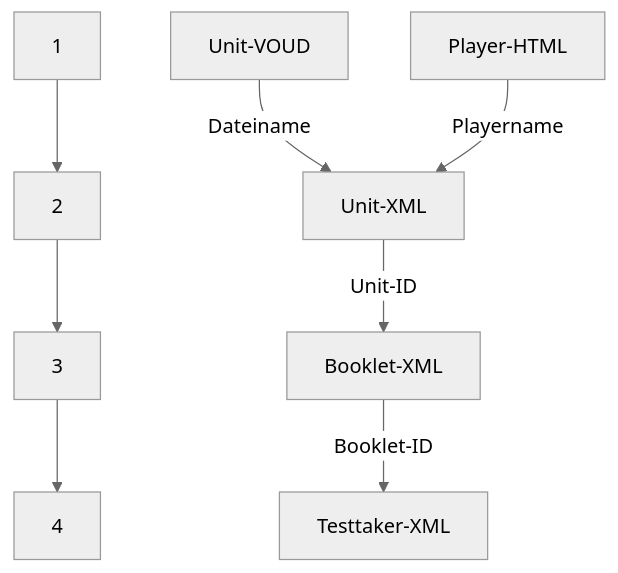
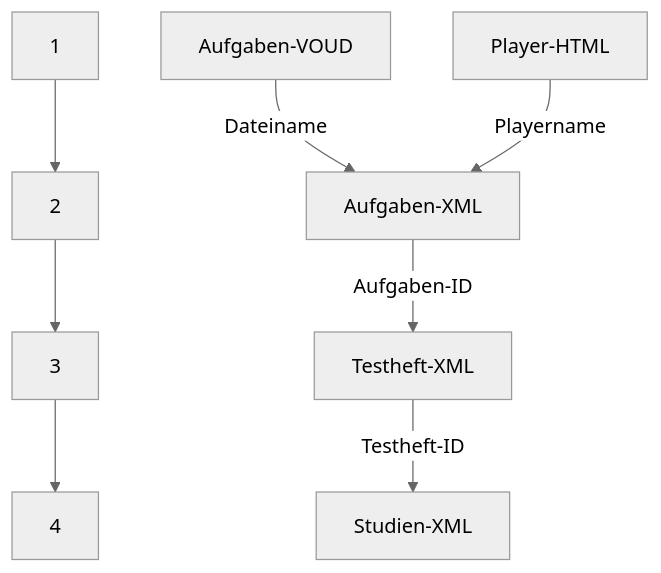
Before and after one commit to iqb-berlin/tba-info: the diagram in Testcenter/Daten_Upload.qmd, drawn with Mermaid (neutral theme). The commit also changed other lines of this file and 10 other files, not shown here.

````diff
--- a/Testcenter/Daten_Upload.qmd
+++ b/Testcenter/Daten_Upload.qmd
@@ -25,10 +25,10 @@
 ```{mermaid}
 flowchart TD
-  A[Unit-VOUD] --> |Dateiname| C[Unit-XML]
-  B[Player-HTML] --> |Playername| C[Unit-XML]
-  C --> |Unit-ID| E[Booklet-XML]
-  E --> |Booklet-ID| F[Testtaker-XML]
+  A[Aufgaben-VOUD] --> |Dateiname| C[Aufgaben-XML]
+  B[Player-HTML] --> |Playername| C[Aufgaben-XML]
+  C --> |Aufgaben-ID| E[Testheft-XML]
+  E --> |Testheft-ID| F[Studien-XML]
   1 --> 2
   2 --> 3
   3 --> 4
 ```
````
